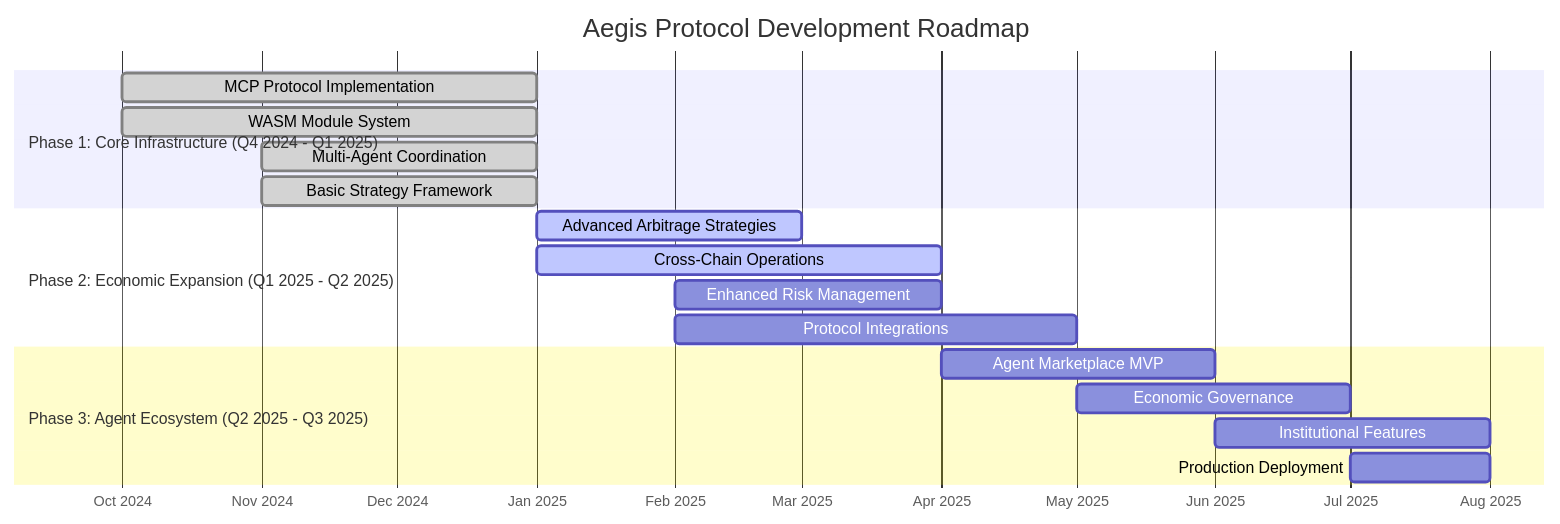
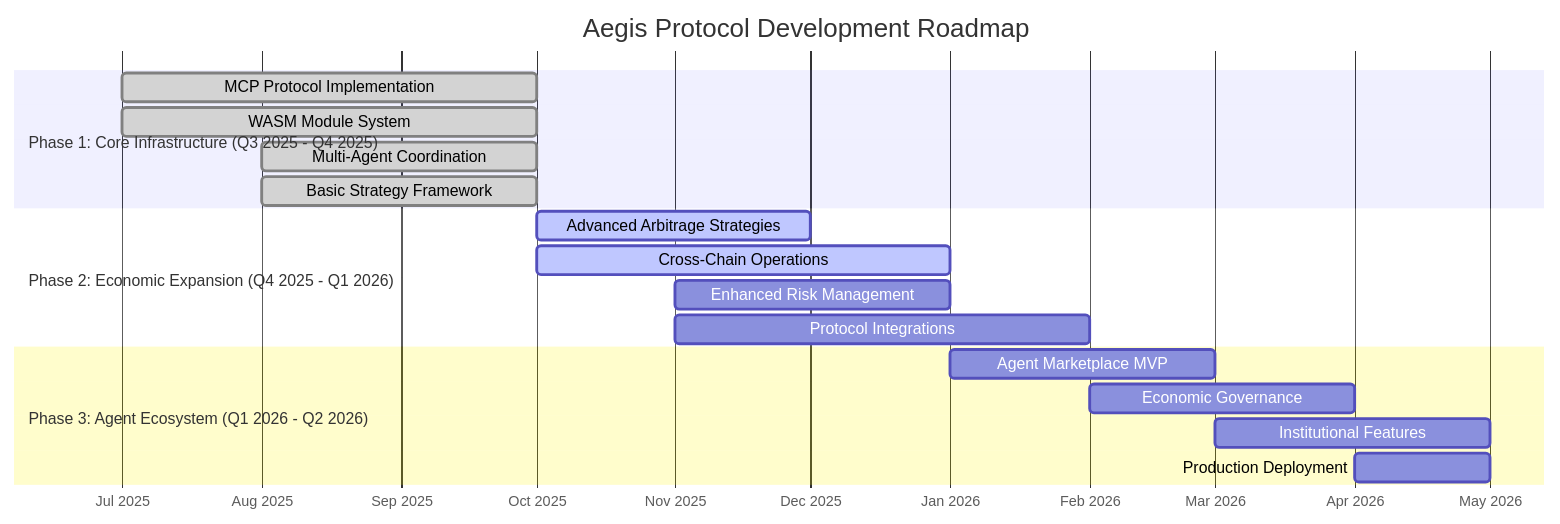
The second of 2 diagrams in README.md (BlockCraftsman/Aegis-Defi-Agent), drawn with Mermaid before and after one commit. The commit also changed other lines of this file, not shown here.

Commit message:
fix: update roadmap timeline to reflect current date (Oct 2025)
- Adjust all timeline dates to be accurate for October 2025
- Phase 1: Q3-Q4 2025 (completed)
- Phase 2: Q4 2025 - Q1 2026 (current)
- Phase 3: Q1-Q2 2026 (upcoming)
- Update milestone sections to reflect current quarter
- Maintain realistic and achievable development schedule

````diff
--- a/README.md
+++ b/README.md
@@ -174,24 +174,24 @@
 ```mermaid
 gantt
     title Aegis Protocol Development Roadmap
     dateFormat  YYYY-MM
     axisFormat  %b %Y
     
-    section Phase 1: Core Infrastructure (Q4 2024 - Q1 2025)
-    MCP Protocol Implementation     :done,    p1_1, 2024-10, 3M
-    WASM Module System              :done,    p1_2, 2024-10, 3M
-    Multi-Agent Coordination        :done,    p1_3, 2024-11, 2M
-    Basic Strategy Framework        :done,    p1_4, 2024-11, 2M
+    section Phase 1: Core Infrastructure (Q3 2025 - Q4 2025)
+    MCP Protocol Implementation     :done,    p1_1, 2025-07, 3M
+    WASM Module System              :done,    p1_2, 2025-07, 3M
+    Multi-Agent Coordination        :done,    p1_3, 2025-08, 2M
+    Basic Strategy Framework        :done,    p1_4, 2025-08, 2M
     
-    section Phase 2: Economic Expansion (Q1 2025 - Q2 2025)
-    Advanced Arbitrage Strategies   :active,  p2_1, 2025-01, 2M
-    Cross-Chain Operations          :active,  p2_2, 2025-01, 3M
-    Enhanced Risk Management        :         p2_3, 2025-02, 2M
-    Protocol Integrations           :         p2_4, 2025-02, 3M
+    section Phase 2: Economic Expansion (Q4 2025 - Q1 2026)
+    Advanced Arbitrage Strategies   :active,  p2_1, 2025-10, 2M
+    Cross-Chain Operations          :active,  p2_2, 2025-10, 3M
+    Enhanced Risk Management        :         p2_3, 2025-11, 2M
+    Protocol Integrations           :         p2_4, 2025-11, 3M
     
-    section Phase 3: Agent Ecosystem (Q2 2025 - Q3 2025)
-    Agent Marketplace MVP           :         p3_1, 2025-04, 2M
-    Economic Governance             :         p3_2, 2025-05, 2M
-    Institutional Features          :         p3_3, 2025-06, 2M
-    Production Deployment           :         p3_4, 2025-07, 1M
+    section Phase 3: Agent Ecosystem (Q1 2026 - Q2 2026)
+    Agent Marketplace MVP           :         p3_1, 2026-01, 2M
+    Economic Governance             :         p3_2, 2026-02, 2M
+    Institutional Features          :         p3_3, 2026-03, 2M
+    Production Deployment           :         p3_4, 2026-04, 1M
 ```
````
